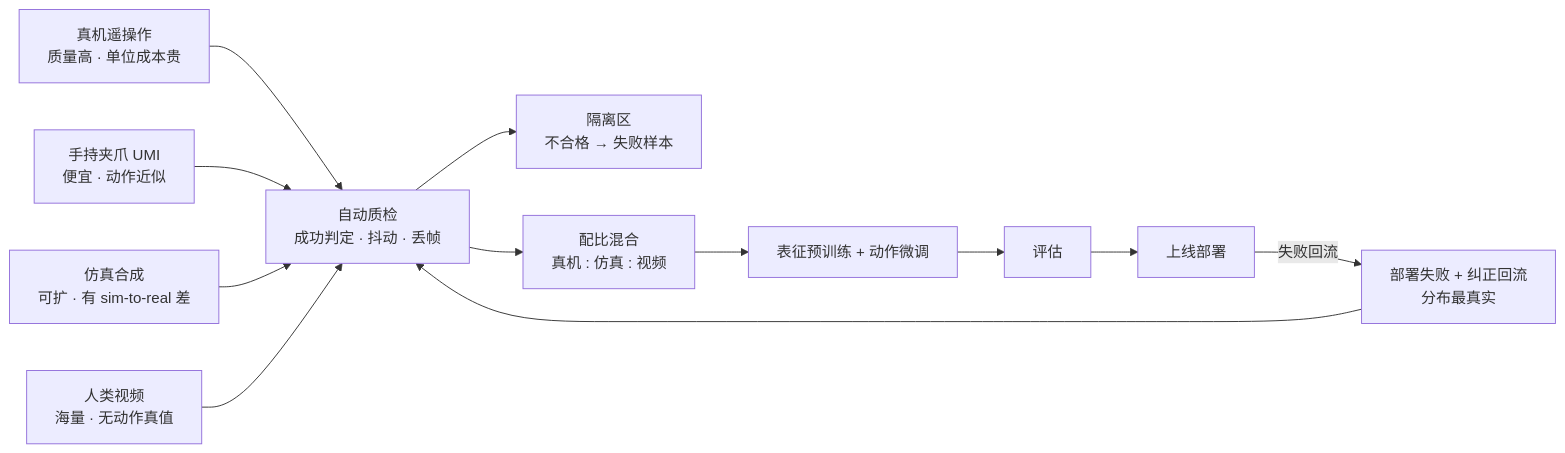
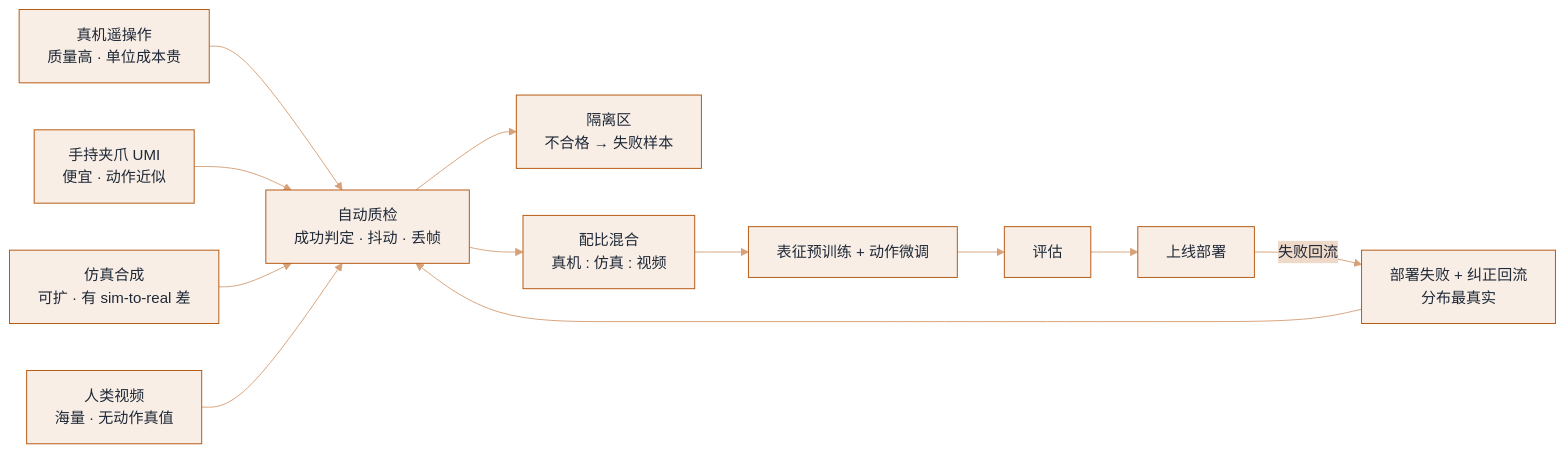
Before and after one commit to funny8kids/ai-agent-handbook: the diagram in docs/17-embodied-ai/data-engine.md, drawn with Mermaid. The commit also changed 144 other files, not shown here.

First line of the commit message:
Theme all 154 Mermaid diagrams with per-chapter colors via %%{init}%% directives

````diff
--- a/docs/17-embodied-ai/data-engine.md
+++ b/docs/17-embodied-ai/data-engine.md
@@ -39,13 +39,14 @@
 ```mermaid
+%%{init: {"theme":"base","themeVariables":{"primaryColor":"#F8EEE6","primaryBorderColor":"#B45309","primaryTextColor":"#1F2937","secondaryColor":"#EFD9C9","tertiaryColor":"#FCF8F5","lineColor":"#D6A078","actorBkg":"#F9F1EB","actorBorder":"#B45309","actorTextColor":"#1F2937","signalColor":"#CB8753","noteBkgColor":"#F2E0D3","noteBorderColor":"#B45309","noteTextColor":"#1F2937","labelBoxBkgColor":"#F8EEE6","labelBoxBorderColor":"#B45309"}}}%%
 flowchart LR
   T[真机遥操作<br/>质量高 · 单位成本贵] --> Q[自动质检<br/>成功判定 · 抖动 · 丢帧]
   U[手持夹爪 UMI<br/>便宜 · 动作近似] --> Q
   S[仿真合成<br/>可扩 · 有 sim-to-real 差] --> Q
   V[人类视频<br/>海量 · 无动作真值] --> Q
   R[部署失败 + 纠正回流<br/>分布最真实] --> Q
   Q --> ISO[隔离区<br/>不合格 → 失败样本]
   Q --> MIX[配比混合<br/>真机 : 仿真 : 视频]
   MIX --> TR[表征预训练 + 动作微调]
   TR --> EV[评估] --> DEP[上线部署]
   DEP -- 失败回流 --> R
 ```
````
